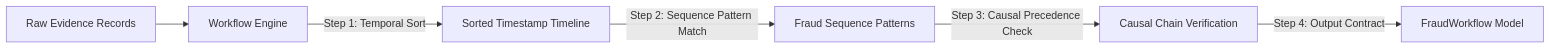
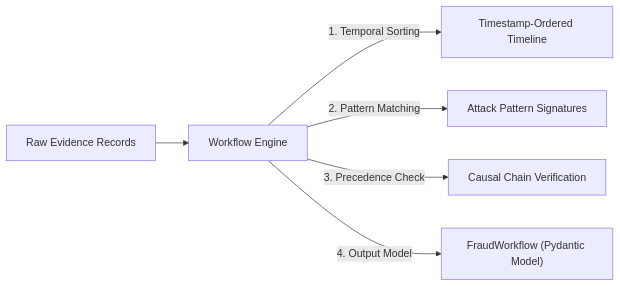
Before and after one commit to SanTiwari07/Sudarshan: the second of 2 diagrams in docs/architecture/06_EVIDENCE_PROCESSING.md, drawn with Mermaid. The commit also changed other lines of this file and 17 other files, not shown here.

Commit message:
initialize and synchronize comprehensive architectural and platform documentation suite

````diff
--- a/docs/architecture/06_EVIDENCE_PROCESSING.md
+++ b/docs/architecture/06_EVIDENCE_PROCESSING.md
@@ -68,9 +84,9 @@
 ```mermaid
 graph LR
-    EV[Raw Evidence Records] --> WE[Workflow Engine]
+    EV["Raw Evidence Records"] --> WE["Workflow Engine"]
 
-    WE -->|Step 1: Temporal Sort| SORT[Sorted Timestamp Timeline]
-    SORT -->|Step 2: Sequence Pattern Match| MATCH[Fraud Sequence Patterns]
-    MATCH -->|Step 3: Causal Precedence Check| CAUSAL[Causal Chain Verification]
-    CAUSAL -->|Step 4: Output Contract| WF[FraudWorkflow Model]
+    WE -->|1. Temporal Sorting| SORT["Timestamp-Ordered Timeline"]
+    WE -->|2. Pattern Matching| MATCH["Attack Pattern Signatures"]
+    WE -->|3. Precedence Check| CAUSAL["Causal Chain Verification"]
+    WE -->|4. Output Model| WF["FraudWorkflow (Pydantic Model)"]
 ```
````
